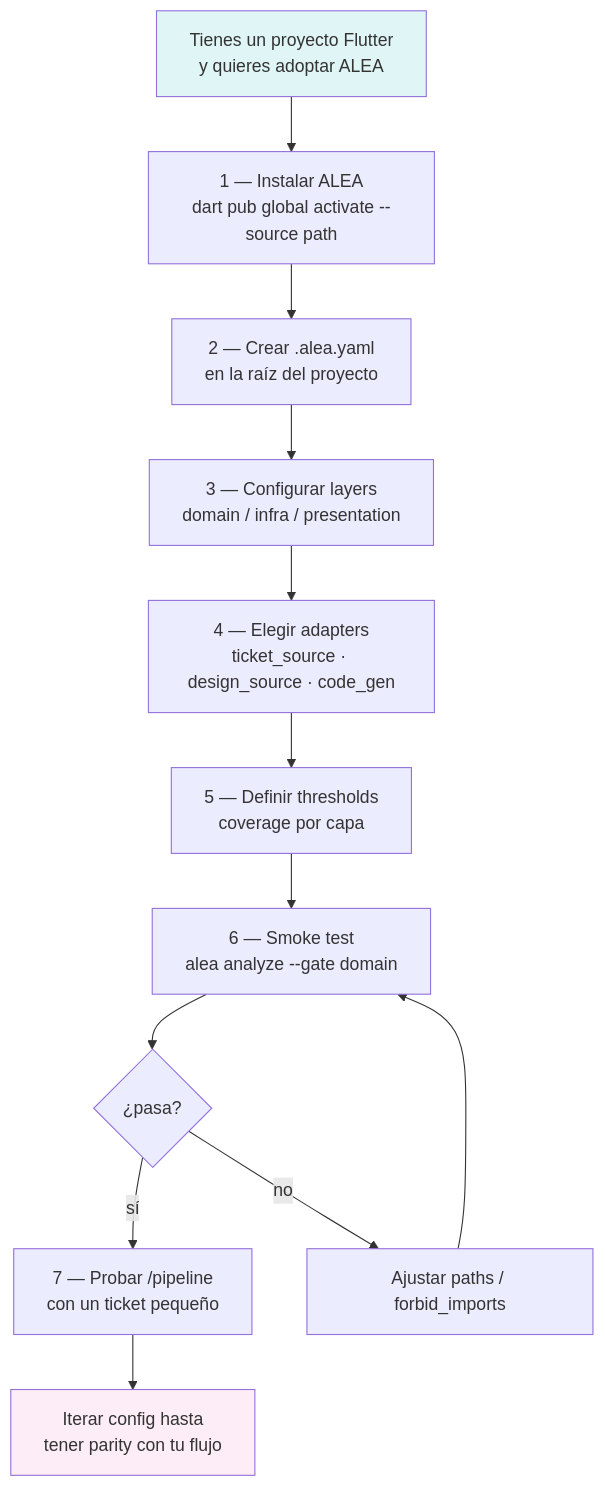
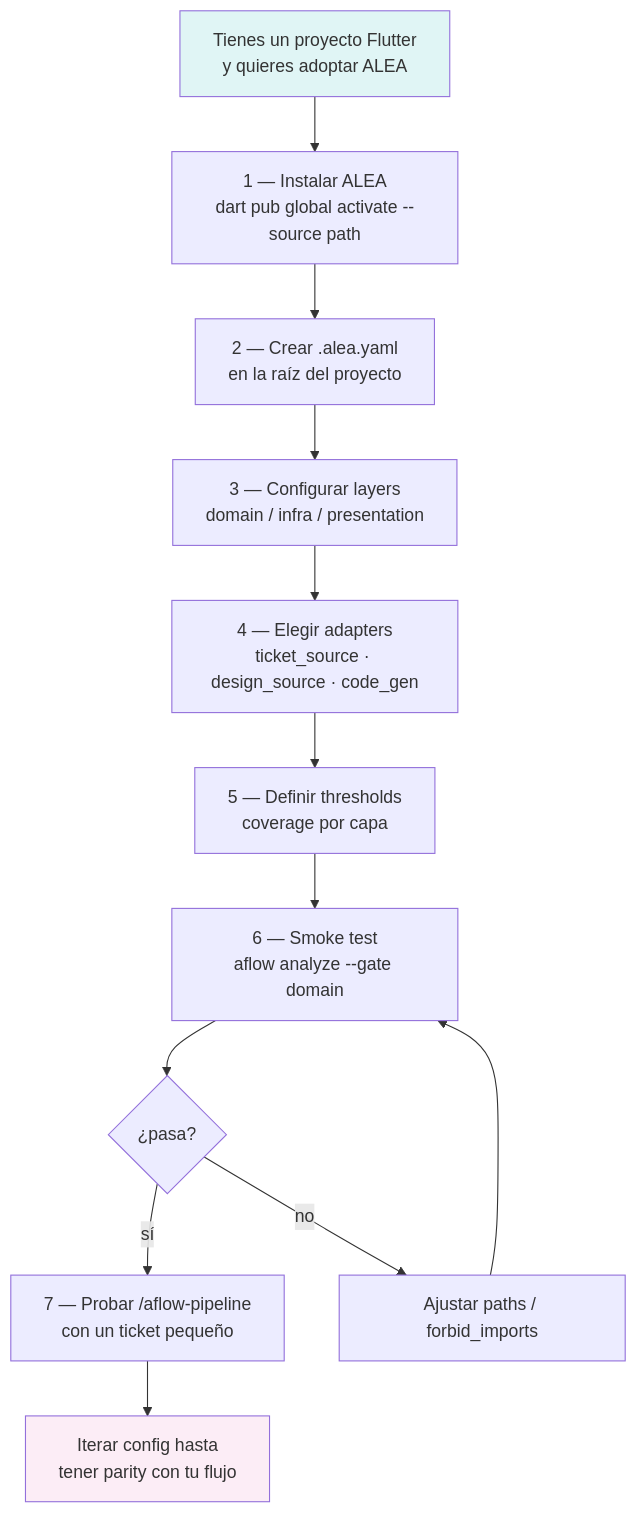
The eighth of 9 diagrams in docs/PROJECT_WALKTHROUGH.md (GuzCabQ/alea-flow), drawn with Mermaid before and after one commit. The commit also changed other lines of this file and 167 other files, not shown here.

First line of the commit message:
release: v0.1.1 — init/config, analyzer remediation, html report, command install, graph via dart_source_graph

````diff
--- a/docs/PROJECT_WALKTHROUGH.md
+++ b/docs/PROJECT_WALKTHROUGH.md
@@ -399,21 +399,21 @@
 ```mermaid
 flowchart TB
     start[Tienes un proyecto Flutter<br/>y quieres adoptar ALEA]
     s1[1 — Instalar ALEA<br/>dart pub global activate --source path]
     s2[2 — Crear .alea.yaml<br/>en la raíz del proyecto]
     s3[3 — Configurar layers<br/>domain / infra / presentation]
     s4[4 — Elegir adapters<br/>ticket_source · design_source · code_gen]
     s5[5 — Definir thresholds<br/>coverage por capa]
-    s6[6 — Smoke test<br/>alea analyze --gate domain]
+    s6[6 — Smoke test<br/>aflow analyze --gate domain]
     s7{¿pasa?}
-    s8[7 — Probar /pipeline<br/>con un ticket pequeño]
+    s8[7 — Probar /aflow-pipeline<br/>con un ticket pequeño]
     s9[Iterar config hasta<br/>tener parity con tu flujo]
     fix[Ajustar paths / forbid_imports]
 
     start --> s1 --> s2 --> s3 --> s4 --> s5 --> s6 --> s7
     s7 -->|sí| s8 --> s9
     s7 -->|no| fix --> s6
 
     style start fill:#E0F5F5
     style s9 fill:#FCEDF6
 ```
````
